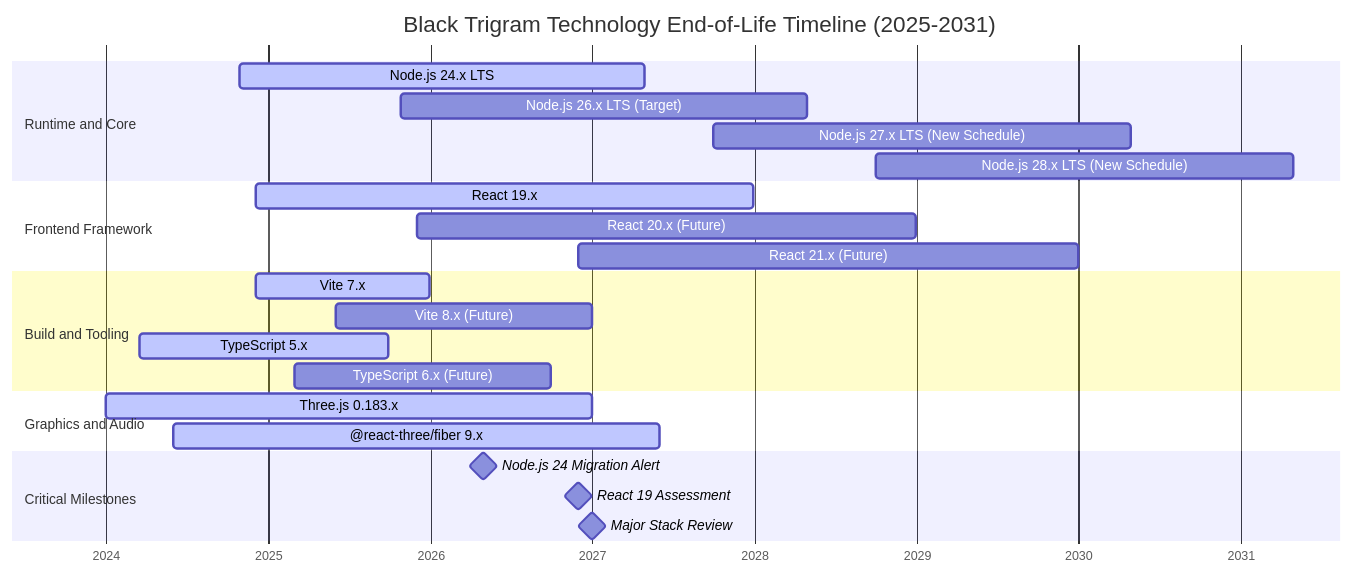
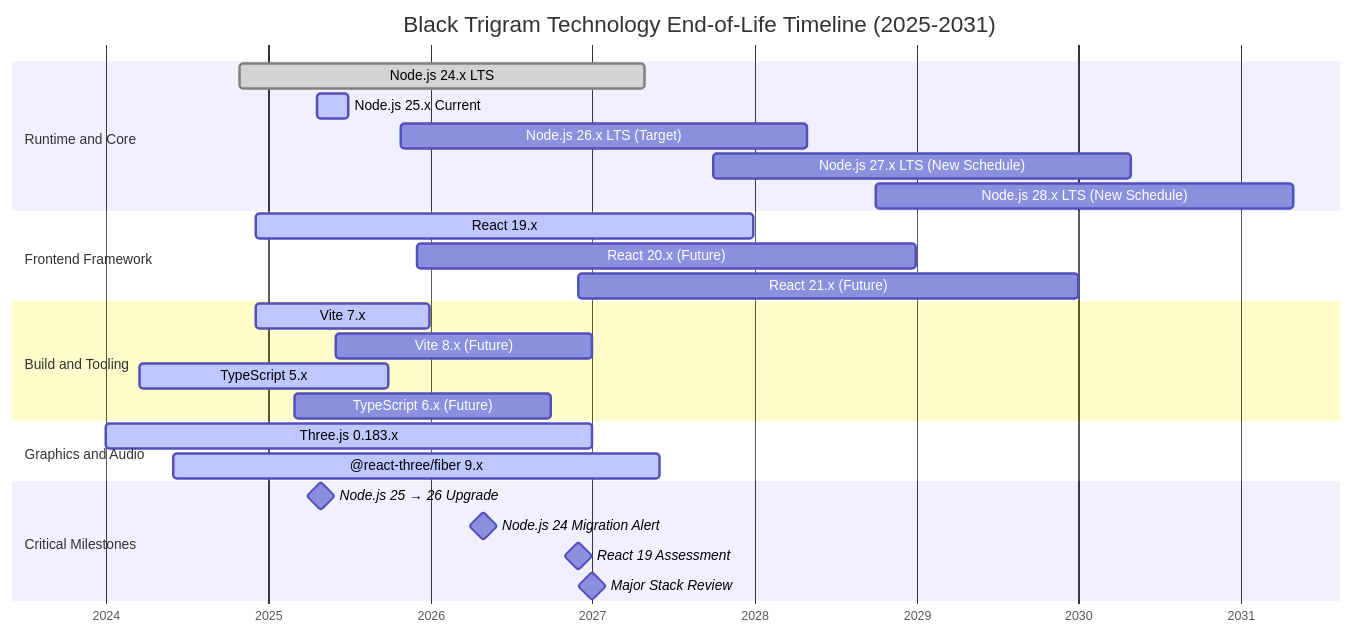
Before and after one commit to Hack23/blacktrigram: the fifth of 8 diagrams in End-of-Life-Strategy.md, drawn with Mermaid. The commit also changed other lines of this file and 31 other files, not shown here.

````diff
--- a/End-of-Life-Strategy.md
+++ b/End-of-Life-Strategy.md
@@ -378,32 +384,34 @@
 ```mermaid
 gantt
     title Black Trigram Technology End-of-Life Timeline (2025-2031)
     dateFormat YYYY-MM-DD
     axisFormat %Y
 
     section Runtime and Core
-    Node.js 24.x LTS          :active, node24, 2024-10-29, 2027-04-30
+    Node.js 24.x LTS          :done, node24, 2024-10-29, 2027-04-30
+    Node.js 25.x Current       :active, node25, 2025-04-22, 2025-06-30
     Node.js 26.x LTS (Target) :node26, 2025-10-28, 2028-04-30
     Node.js 27.x LTS (New Schedule) :node27, 2027-10-01, 2030-04-30
     Node.js 28.x LTS (New Schedule) :node28, 2028-10-01, 2031-04-30
 
     section Frontend Framework
     React 19.x                :active, react19, 2024-12-05, 2027-12-31
     React 20.x (Future)       :react20, 2025-12-01, 2028-12-31
     React 21.x (Future)       :react21, 2026-12-01, 2029-12-31
 
     section Build and Tooling
     Vite 7.x                  :active, vite7, 2024-12-03, 2025-12-31
     Vite 8.x (Future)         :vite8, 2025-06-01, 2026-12-31
     TypeScript 5.x            :active, ts5, 2024-03-16, 2025-09-30
     TypeScript 6.x (Future)   :ts6, 2025-03-01, 2026-09-30
 
     section Graphics and Audio
     Three.js 0.183.x           :active, three, 2024-01-01, 2026-12-31
     @react-three/fiber 9.x     :active, r3f9, 2024-06-01, 2027-06-01
 
     section Critical Milestones
+    Node.js 25 → 26 Upgrade    :milestone, node25upgrade, 2025-04-30, 0d
     Node.js 24 Migration Alert :milestone, node24alert, 2026-04-30, 0d
     React 19 Assessment       :milestone, react19assess, 2026-12-01, 0d
     Major Stack Review        :milestone, stackreview, 2027-01-01, 0d
 ```
````
